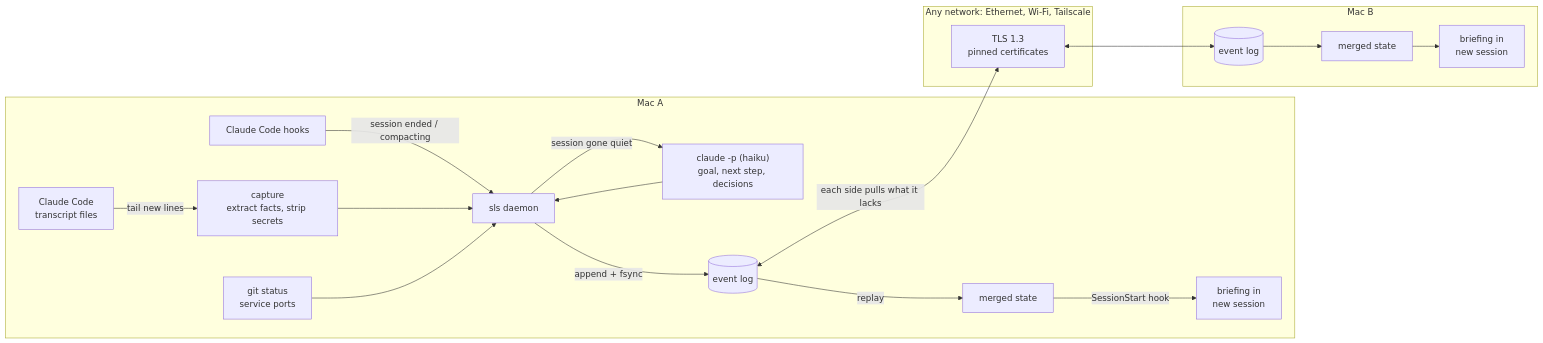
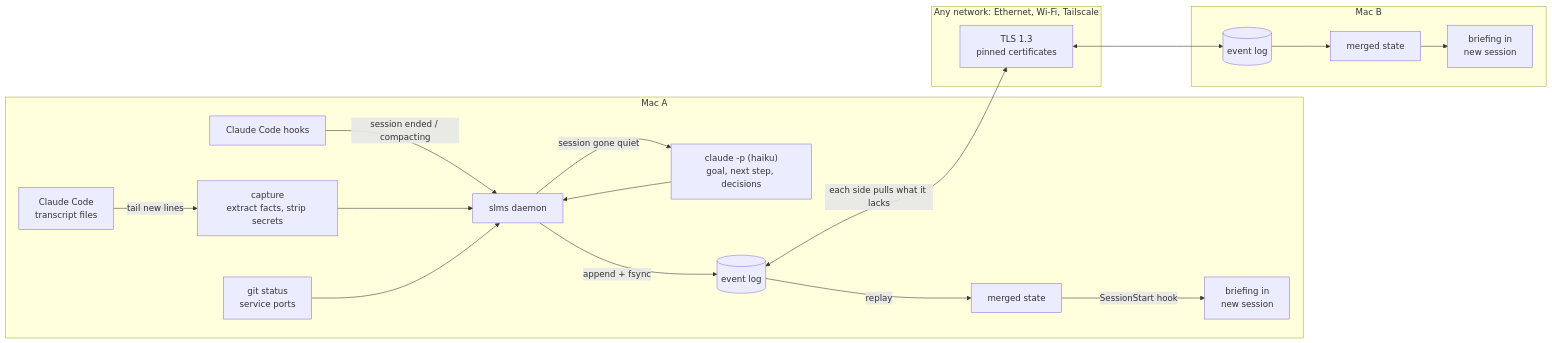
Before and after one commit to jeessh/StopLosingMyStuff: the first of 5 diagrams in docs/architecture.md, drawn with Mermaid. The commit also changed other lines of this file and 13 other files, not shown here.

````diff
--- a/docs/architecture.md
+++ b/docs/architecture.md
@@ -7,22 +7,22 @@
 ```mermaid
 flowchart LR
   subgraph A["Mac A"]
     T["Claude Code<br/>transcript files"] -->|"tail new lines"| W["capture<br/>extract facts, strip secrets"]
     H["Claude Code hooks"] -->|"session ended / compacting"| D
-    W --> D["sls daemon"]
+    W --> D["slms daemon"]
     D -->|"session gone quiet"| S["claude -p (haiku)<br/>goal, next step, decisions"]
     S --> D
     G["git status<br/>service ports"] --> D
     D -->|"append + fsync"| L[("event log")]
     L -->|"replay"| M["merged state"]
     M -->|"SessionStart hook"| B["briefing in<br/>new session"]
   end
   subgraph N["Any network: Ethernet, Wi-Fi, Tailscale"]
     TLS["TLS 1.3<br/>pinned certificates"]
   end
   subgraph C["Mac B"]
     L2[("event log")] --> M2["merged state"] --> B2["briefing in<br/>new session"]
   end
   L <-->|"each side pulls what it lacks"| TLS
   TLS <--> L2
 ```
````
